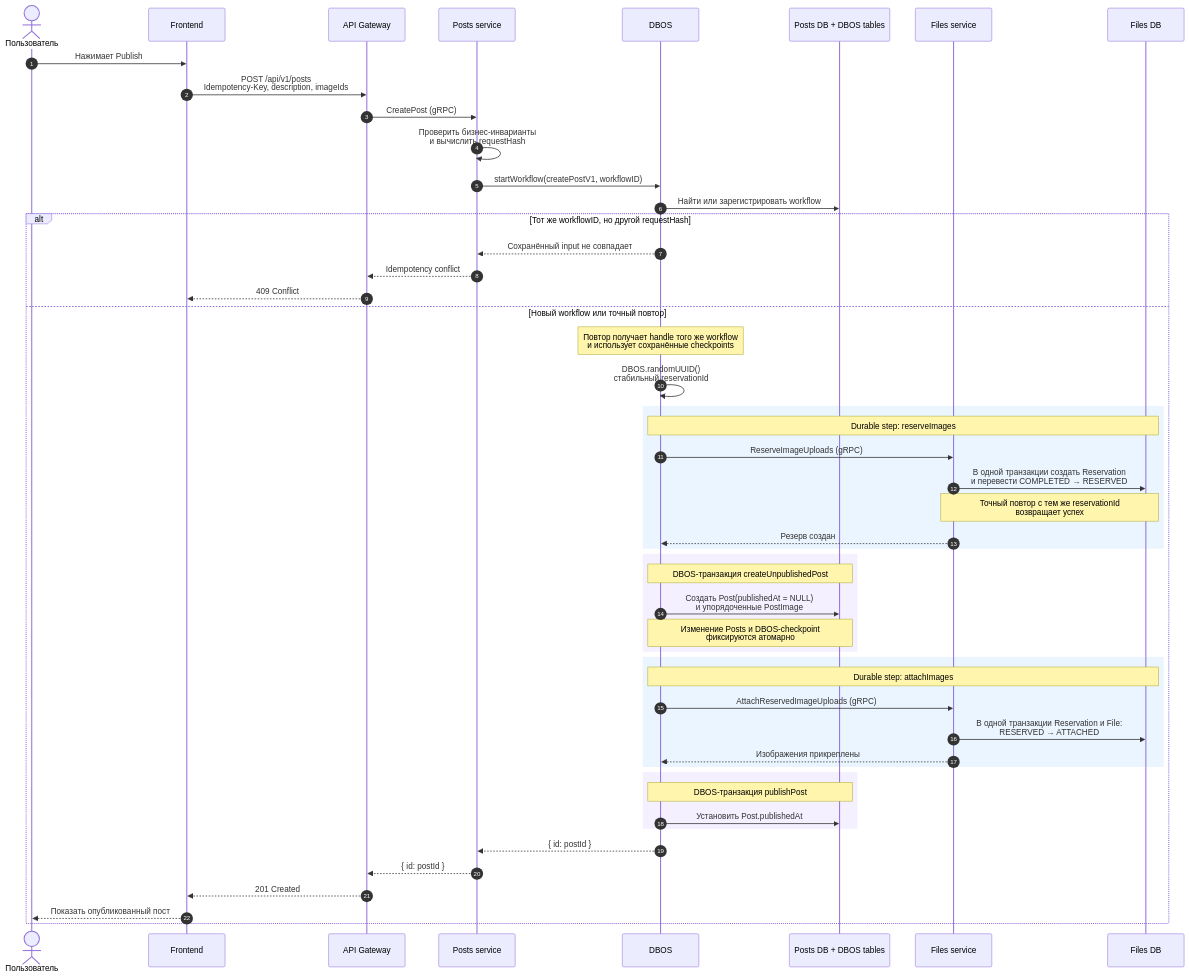
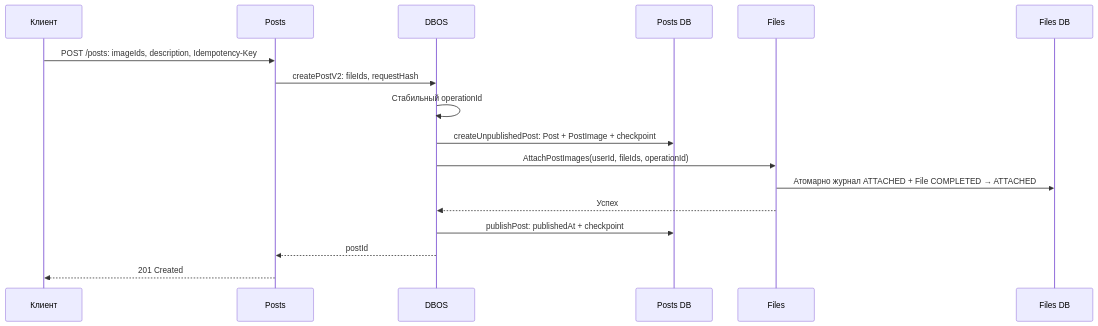
One commit to Inctargam/remarkgram-backend changed the second of 3 diagrams in docs/architecture/image-upload-lifecycle.md. Above: the diagram before and after it, drawn with Mermaid. The commit also changed other lines of this file and 83 other files, not shown here.

````diff
--- a/docs/architecture/image-upload-lifecycle.md
+++ b/docs/architecture/image-upload-lifecycle.md
@@ -116,59 +120,19 @@
 ```mermaid
 sequenceDiagram
-    autonumber
-    actor User as Пользователь
-    participant Frontend
-    participant Gateway as API Gateway
-    participant Posts as Posts service
+    participant Client as Клиент
+    participant Posts
     participant DBOS
-    participant PostsDB as Posts DB + DBOS tables
-    participant Files as Files service
+    participant PostsDB as Posts DB
+    participant Files
     participant FilesDB as Files DB
-
-    User->>Frontend: Нажимает Publish
-    Frontend->>Gateway: POST /api/v1/posts<br/>Idempotency-Key, description, imageIds
-    Gateway->>Posts: CreatePost (gRPC)
-    Posts->>Posts: Проверить бизнес-инварианты<br/>и вычислить requestHash
-    Posts->>DBOS: startWorkflow(createPostV1, workflowID)
-    DBOS->>PostsDB: Найти или зарегистрировать workflow
-
-    alt Тот же workflowID, но другой requestHash
-        DBOS-->>Posts: Сохранённый input не совпадает
-        Posts-->>Gateway: Idempotency conflict
-        Gateway-->>Frontend: 409 Conflict
-    else Новый workflow или точный повтор
-        Note over DBOS: Повтор получает handle того же workflow<br/>и использует сохранённые checkpoints
-        DBOS->>DBOS: DBOS.randomUUID()<br/>стабильный reservationId
-
-        rect rgb(235, 245, 255)
-            Note over DBOS,FilesDB: Durable step: reserveImages
-            DBOS->>Files: ReserveImageUploads (gRPC)
-            Files->>FilesDB: В одной транзакции создать Reservation<br/>и перевести COMPLETED → RESERVED
-            Note over Files,FilesDB: Точный повтор с тем же reservationId<br/>возвращает успех
-            Files-->>DBOS: Резерв создан
-        end
-
-        rect rgb(245, 240, 255)
-            Note over DBOS,PostsDB: DBOS-транзакция createUnpublishedPost
-            DBOS->>PostsDB: Создать Post(publishedAt = NULL)<br/>и упорядоченные PostImage
-            Note over DBOS,PostsDB: Изменение Posts и DBOS-checkpoint<br/>фиксируются атомарно
-        end
-
-        rect rgb(235, 245, 255)
-            Note over DBOS,FilesDB: Durable step: attachImages
-            DBOS->>Files: AttachReservedImageUploads (gRPC)
-            Files->>FilesDB: В одной транзакции Reservation и File:<br/>RESERVED → ATTACHED
-            Files-->>DBOS: Изображения прикреплены
-        end
-
-        rect rgb(245, 240, 255)
-            Note over DBOS,PostsDB: DBOS-транзакция publishPost
-            DBOS->>PostsDB: Установить Post.publishedAt
-        end
-
-        DBOS-->>Posts: { id: postId }
-        Posts-->>Gateway: { id: postId }
-        Gateway-->>Frontend: 201 Created
-        Frontend-->>User: Показать опубликованный пост
-    end
+    Client->>Posts: POST /posts: imageIds, description, Idempotency-Key
+    Posts->>DBOS: createPostV2: fileIds, requestHash
+    DBOS->>DBOS: Стабильный operationId
+    DBOS->>PostsDB: createUnpublishedPost: Post + PostImage + checkpoint
+    DBOS->>Files: AttachPostImages(userId, fileIds, operationId)
+    Files->>FilesDB: Атомарно журнал ATTACHED + File COMPLETED → ATTACHED
+    Files-->>DBOS: Успех
+    DBOS->>PostsDB: publishPost: publishedAt + checkpoint
+    DBOS-->>Posts: postId
+    Posts-->>Client: 201 Created
 ```
````
